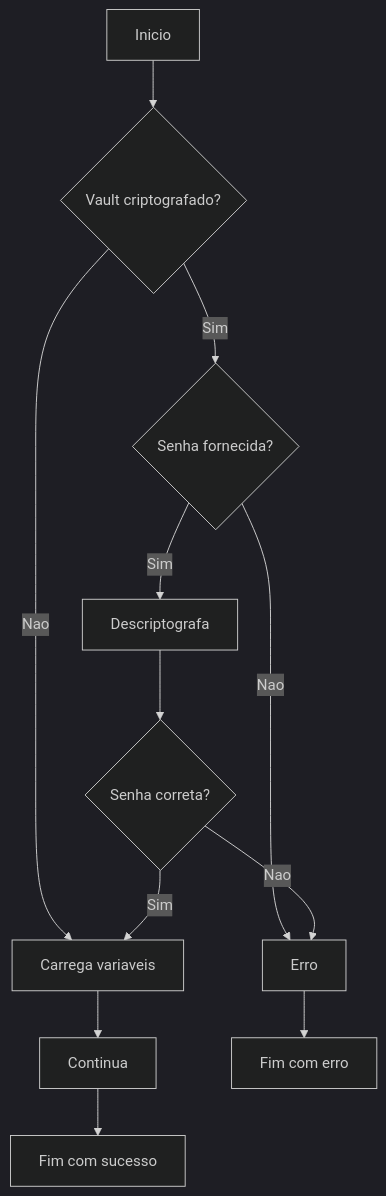
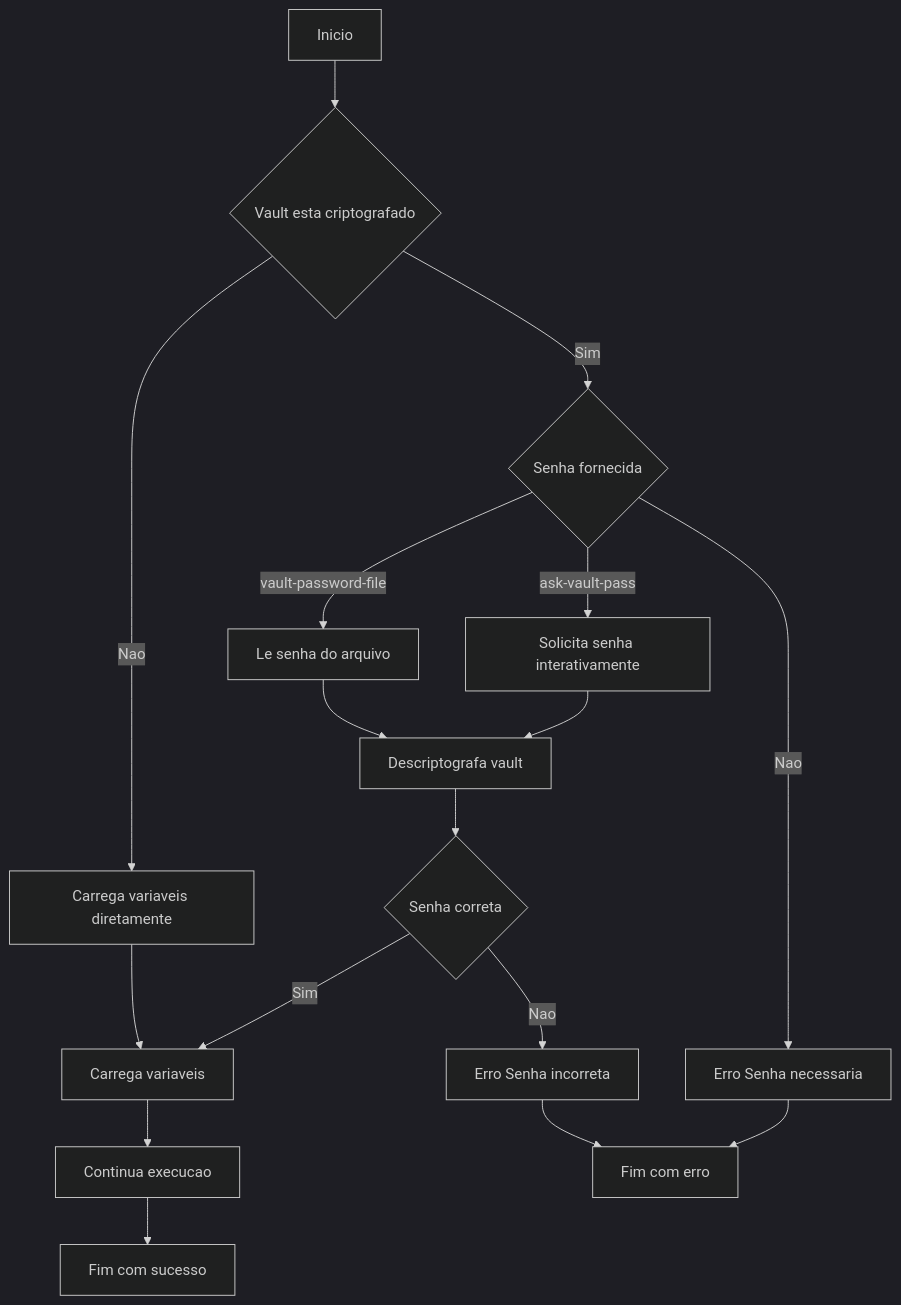
Before and after one commit to rodrigo-freitas-com/meraki-ansible: the fifth of 13 diagrams in docs/system-modeling.md, drawn with Mermaid (dark theme). The commit also changed other lines of this file, not shown here.

````diff
--- a/docs/system-modeling.md
+++ b/docs/system-modeling.md
@@ -184,14 +196,26 @@
 ```mermaid
 flowchart TD
-    A[Inicio] --> B{Vault criptografado?}
-    B -->|Sim| C{Senha fornecida?}
-    B -->|Nao| D[Carrega variaveis]
-    C -->|Sim| E[Descriptografa]
-    C -->|Nao| F[Erro]
-    E --> G{Senha correta?}
-    G -->|Sim| D
-    G -->|Nao| F
-    D --> H[Continua]
-    F --> I[Fim com erro]
-    H --> J[Fim com sucesso]
+    A[Inicio] --> B{Vault esta criptografado}
+
+    B -->|Sim| C{Senha fornecida}
+    B -->|Nao| D[Carrega variaveis diretamente]
+
+    C -->|ask-vault-pass| E[Solicita senha interativamente]
+    C -->|vault-password-file| F[Le senha do arquivo]
+    C -->|Nao| G[Erro Senha necessaria]
+
+    E --> H[Descriptografa vault]
+    F --> H
+
+    H --> I{Senha correta}
+
+    I -->|Sim| J[Carrega variaveis]
+    I -->|Nao| K[Erro Senha incorreta]
+
+    D --> J
+    J --> L[Continua execucao]
+
+    G --> M[Fim com erro]
+    K --> M
+    L --> N[Fim com sucesso]
 ```
````
